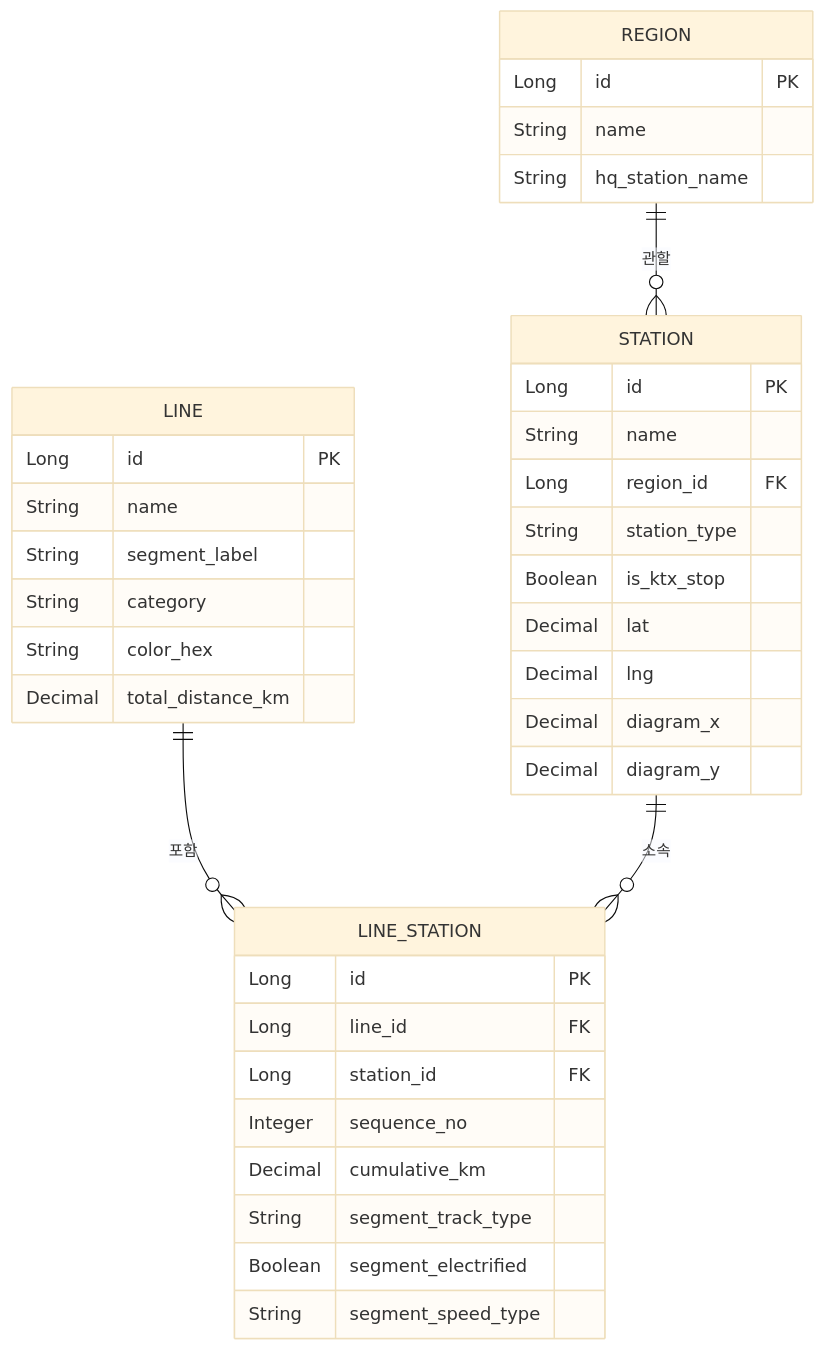
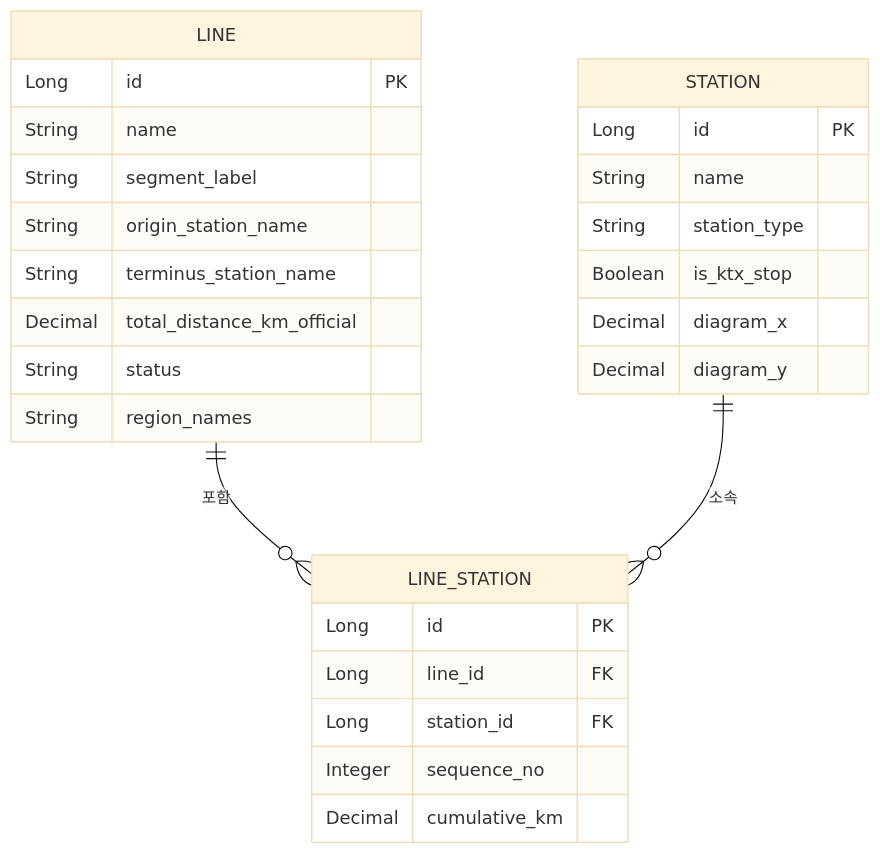
One commit to ColdBrewony/RailroadLine changed the diagram in docs/02-data-model.md. Above: the diagram before and after it, drawn with Mermaid (base theme). The commit also changed other lines of this file and 2 other files, not shown here.

````diff
--- a/docs/02-data-model.md
+++ b/docs/02-data-model.md
@@ -78,41 +70,31 @@
 ```mermaid
 erDiagram
-    REGION ||--o{ STATION : "관할"
     LINE ||--o{ LINE_STATION : "포함"
     STATION ||--o{ LINE_STATION : "소속"
 
-    REGION {
-        Long id PK
-        String name
-        String hq_station_name
-    }
     LINE {
         Long id PK
         String name
         String segment_label
-        String category
-        String color_hex
-        Decimal total_distance_km
+        String origin_station_name
+        String terminus_station_name
+        Decimal total_distance_km_official
+        String status
+        String region_names
     }
     STATION {
         Long id PK
         String name
-        Long region_id FK
         String station_type
         Boolean is_ktx_stop
-        Decimal lat
-        Decimal lng
         Decimal diagram_x
         Decimal diagram_y
     }
     LINE_STATION {
         Long id PK
         Long line_id FK
         Long station_id FK
         Integer sequence_no
         Decimal cumulative_km
-        String segment_track_type
-        Boolean segment_electrified
-        String segment_speed_type
     }
 ```
````
